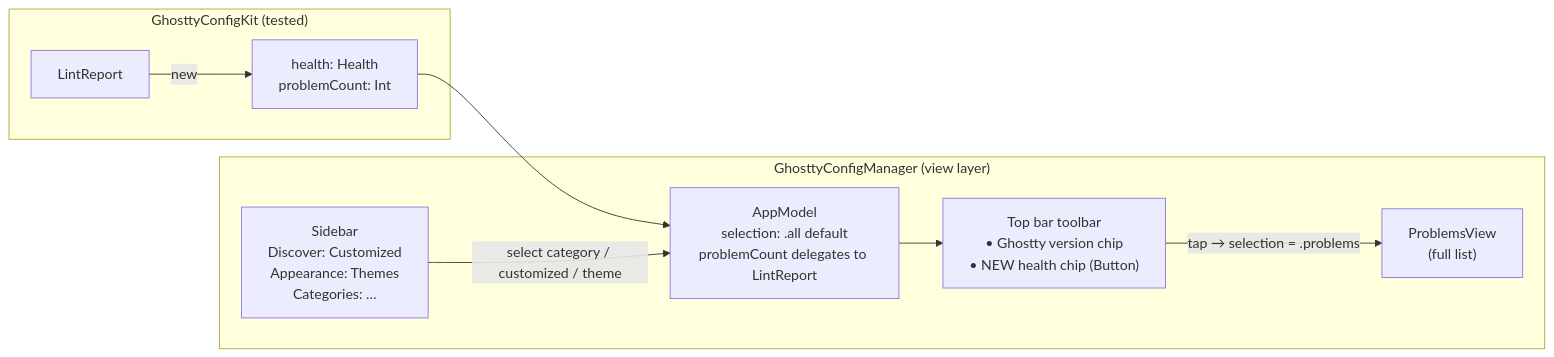
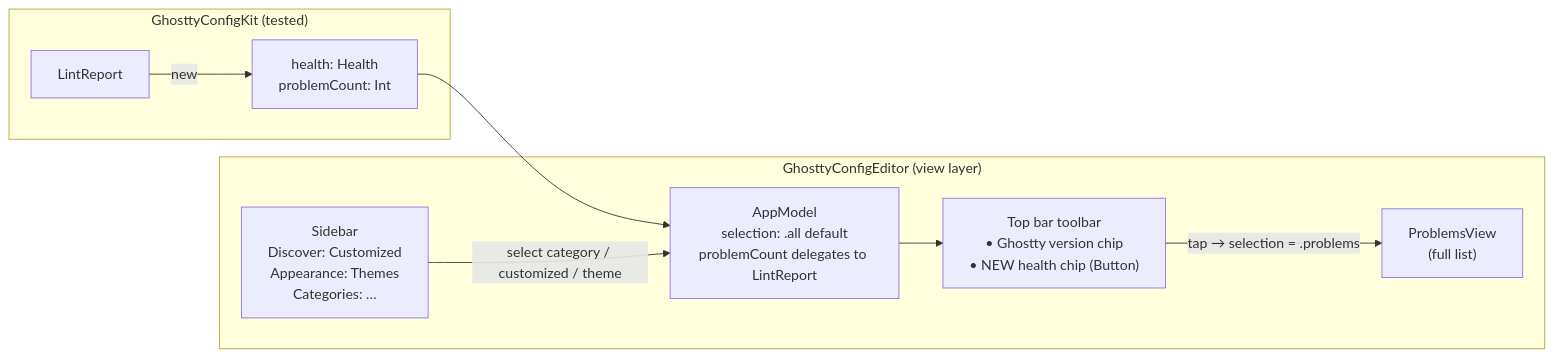
Before and after one commit to mshddev/ghostty-config-editor: the diagram in docs/plans/2026-06-18-001-feat-topbar-config-health-plan.md, drawn with Mermaid. The commit also changed other lines of this file and 28 other files, not shown here.

First line of the commit message:
refactor: rename project GhosttyConfigManager -> GhosttyConfigEditor

````diff
--- a/docs/plans/2026-06-18-001-feat-topbar-config-health-plan.md
+++ b/docs/plans/2026-06-18-001-feat-topbar-config-health-plan.md
@@ -78,16 +78,16 @@
 ```mermaid
 flowchart LR
     subgraph Kit["GhosttyConfigKit (tested)"]
         LR["LintReport"] -->|new| H["health: Health\nproblemCount: Int"]
     end
-    subgraph App["GhosttyConfigManager (view layer)"]
+    subgraph App["GhosttyConfigEditor (view layer)"]
         AM["AppModel\nselection: .all default\nproblemCount delegates to LintReport"]
         TB["Top bar toolbar\n• Ghostty version chip\n• NEW health chip (Button)"]
         SB["Sidebar\nDiscover: Customized\nAppearance: Themes\nCategories: …"]
         PV["ProblemsView\n(full list)"]
     end
     H --> AM
     AM --> TB
     TB -->|tap → selection = .problems| PV
     SB -->|select category / customized / theme| AM
 ```
````
